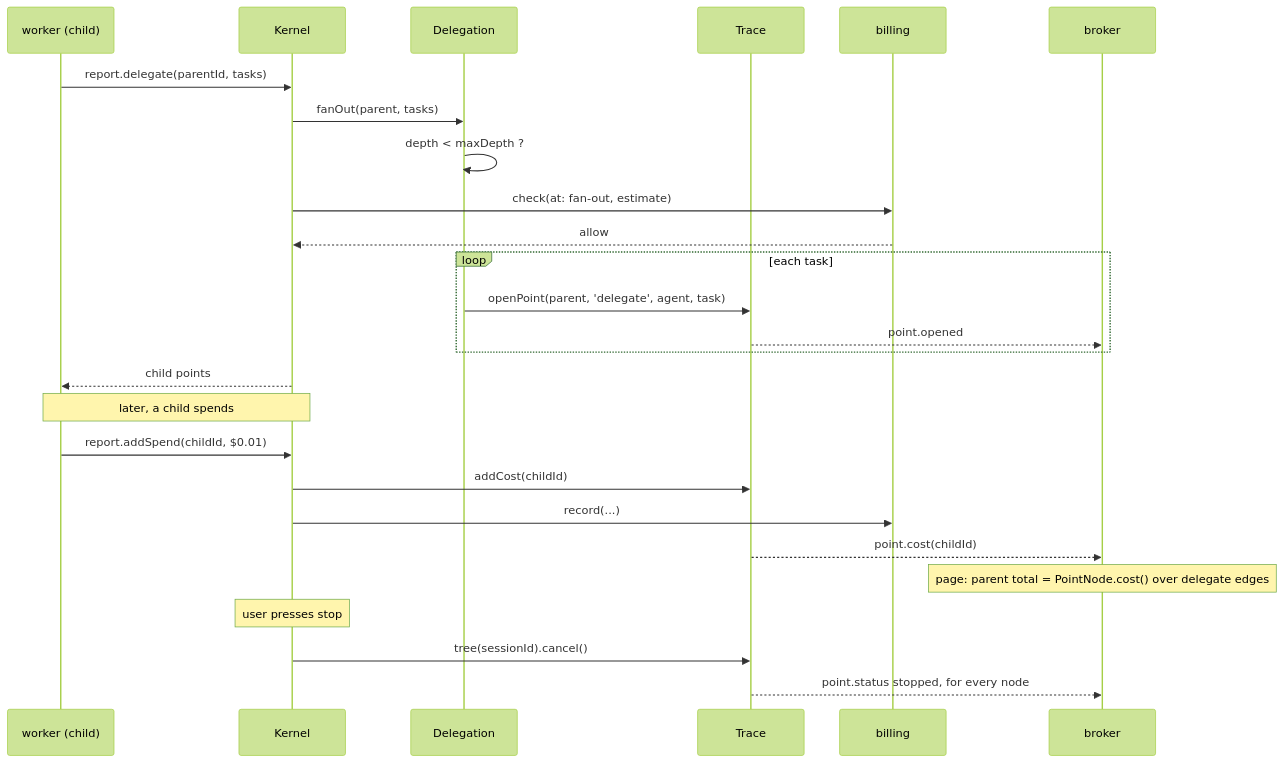
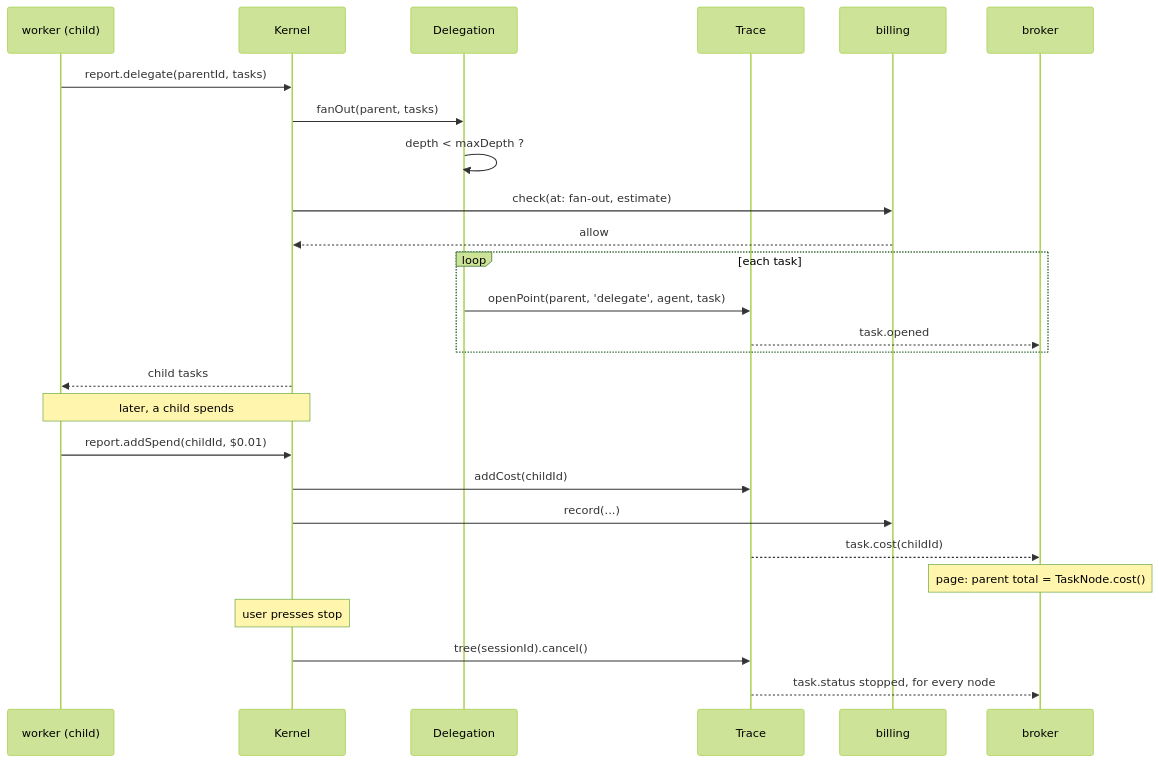
One commit to ziyangliu-666/lumen-next changed diagram 13 of 16 in docs/ARCHITECTURE.md. Above: the diagram before and after it, drawn with Mermaid (forest theme). The commit also changed other lines of this file and 25 other files, not shown here.

First line of the commit message:
contract: a task, not a point, and a tree, not a graph

````diff
--- a/docs/ARCHITECTURE.md
+++ b/docs/ARCHITECTURE.md
@@ -635,29 +631,29 @@
 ```mermaid
 sequenceDiagram
   participant W as worker (child)
   participant K as Kernel
   participant D as Delegation
   participant T as Trace
   participant M as billing
   participant B as broker
 
   W->>K: report.delegate(parentId, tasks)
   K->>D: fanOut(parent, tasks)
   D->>D: depth < maxDepth ?
   K->>M: check(at: fan-out, estimate)
   M-->>K: allow
   loop each task
     D->>T: openPoint(parent, 'delegate', agent, task)
-    T-->>B: point.opened
+    T-->>B: task.opened
   end
-  K-->>W: child points
+  K-->>W: child tasks
   Note over W,K: later, a child spends
   W->>K: report.addSpend(childId, $0.01)
   K->>T: addCost(childId)
   K->>M: record(...)
-  T-->>B: point.cost(childId)
-  Note over B: page: parent total = PointNode.cost() over delegate edges
+  T-->>B: task.cost(childId)
+  Note over B: page: parent total = TaskNode.cost()
   Note over K: user presses stop
   K->>T: tree(sessionId).cancel()
-  T-->>B: point.status stopped, for every node
+  T-->>B: task.status stopped, for every node
 ```
````
